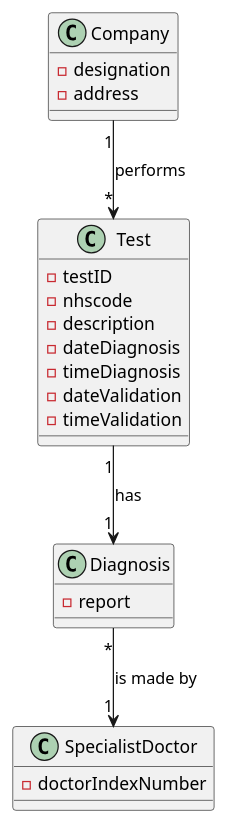
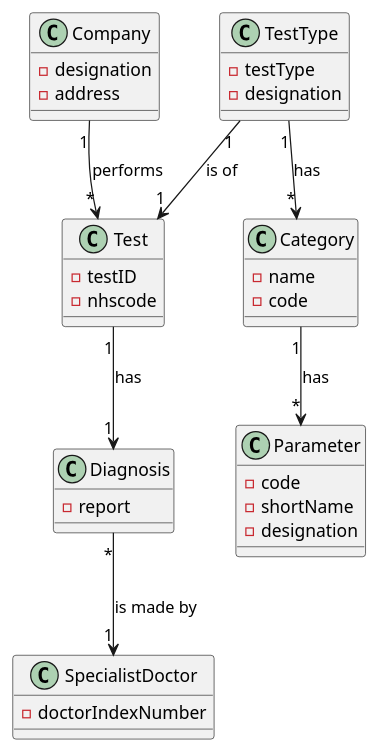
Before and after one commit to jsmarques98/LAPR2-ISEP: the diagram in docs/SprintC/US14/US14_DM.puml, drawn with PlantUML. The commit also changed 20 other files, not shown here.

```diff
--- a/docs/SprintC/US14/US14_DM.puml
+++ b/docs/SprintC/US14/US14_DM.puml
@@ -1,34 +1,48 @@
 @startuml
 'https://plantuml.com/class-diagram
 
 
 class Company {
 - designation
 - address
 }
 
 class Test {
 - testID
 - nhscode
-- description
-- dateDiagnosis
-- timeDiagnosis
-- dateValidation
-- timeValidation
+}
+
+class TestType {
+- testType
+- designation
+}
+
+class Category {
+- name
+- code
+}
+
+class Parameter{
+- code
+- shortName
+- designation
+
 }
 
 class Diagnosis {
 - report
 }
 
 class SpecialistDoctor {
 - doctorIndexNumber
 }
 
 Company "1" --> "*" Test : performs
 Test "1" --> "1" Diagnosis : has
 Diagnosis "*" --> "1" SpecialistDoctor : is made by
-
+TestType "1" --> "1" Test : is of
+TestType "1" --> "*" Category : has
+Category "1" --> "*" Parameter : has
 
 
 @enduml
```
